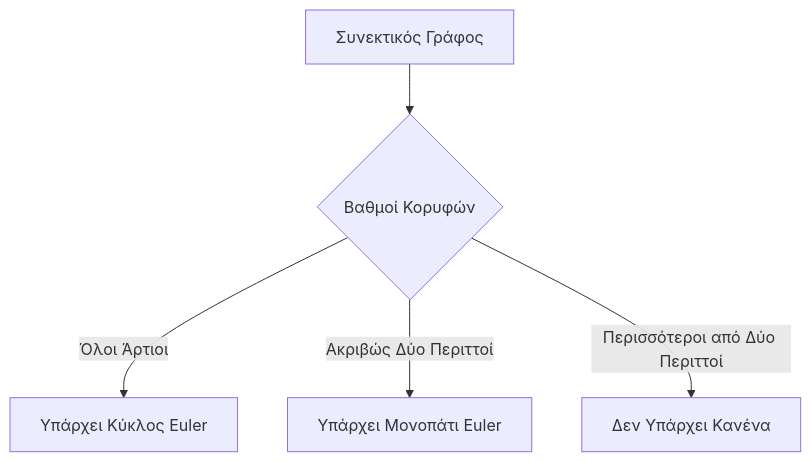
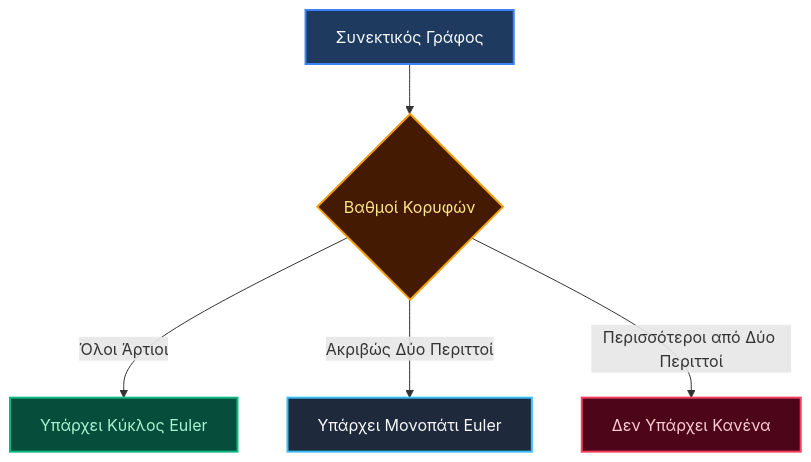
Before and after one commit to PanagopoulosNikolaos/DitOpenNotes: the fourth of 7 diagrams in Year_1/Semester_2/DISCRETE_MATHEMATICS/Resources/Notes/06_graph_theory.md, drawn with Mermaid. The commit also changed other lines of this file and 6 other files, not shown here.

````diff
--- a/Year_1/Semester_2/DISCRETE_MATHEMATICS/Resources/Notes/06_graph_theory.md
+++ b/Year_1/Semester_2/DISCRETE_MATHEMATICS/Resources/Notes/06_graph_theory.md
@@ -95,7 +122,13 @@
 ```mermaid
 graph TD
-    A[Συνεκτικός Γράφος] --> B{Βαθμοί Κορυφών}
-    B -->|Όλοι Άρτιοι| C[Υπάρχει Κύκλος Euler]
-    B -->|Ακριβώς Δύο Περιττοί| D[Υπάρχει Μονοπάτι Euler]
-    B -->|Περισσότεροι από Δύο Περιττοί| E[Δεν Υπάρχει Κανένα]
+    A["Συνεκτικός Γράφος"] --> B{"Βαθμοί Κορυφών"}
+    B -->|"Όλοι Άρτιοι"| C["Υπάρχει Κύκλος Euler"]
+    B -->|"Ακριβώς Δύο Περιττοί"| D["Υπάρχει Μονοπάτι Euler"]
+    B -->|"Περισσότεροι από Δύο Περιττοί"| E["Δεν Υπάρχει Κανένα"]
+
+    style A fill:#1e3a5f,stroke:#3b82f6,stroke-width:2px,color:#f8fafc
+    style B fill:#451a03,stroke:#f59e0b,stroke-width:2px,color:#fde68a
+    style C fill:#064e3b,stroke:#10b981,stroke-width:2px,color:#a7f3d0
+    style D fill:#1e293b,stroke:#38bdf8,stroke-width:2px,color:#f8fafc
+    style E fill:#4c0519,stroke:#f43f5e,stroke-width:2px,color:#fecdd3
 ```
````
